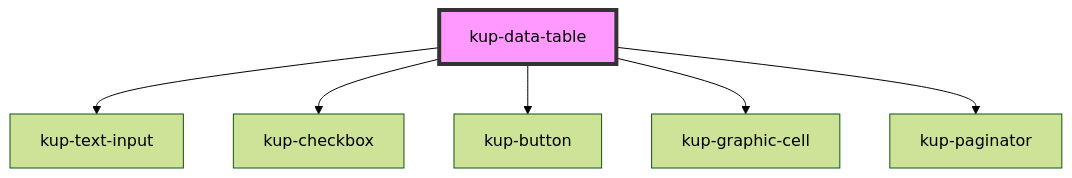
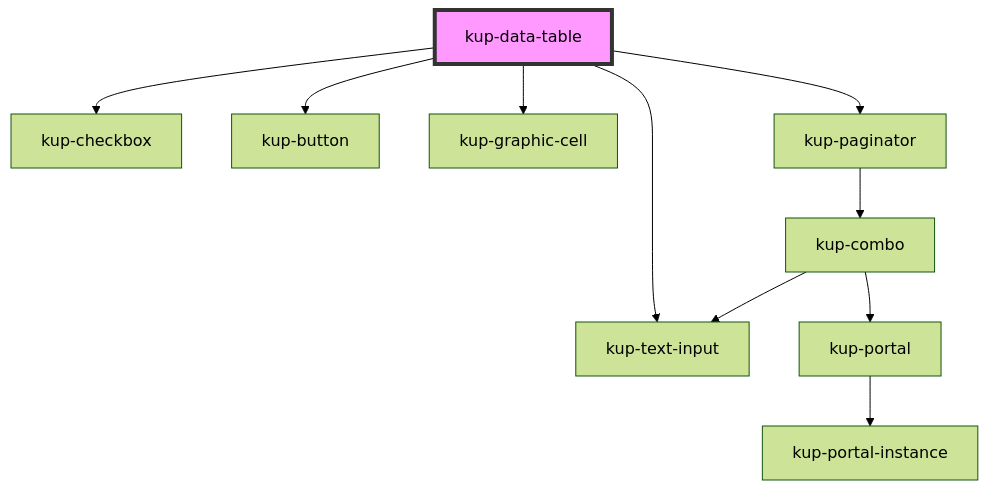
One commit to smeup/ketchup changed the diagram in packages/ketchup/src/components/kup-data-table/readme.md. Above: the diagram before and after it, drawn with Mermaid (forest theme). The commit also changed other lines of this file and 21 other files, not shown here.

````diff
--- a/packages/ketchup/src/components/kup-data-table/readme.md
+++ b/packages/ketchup/src/components/kup-data-table/readme.md
@@ -141,9 +141,13 @@
 ```mermaid
 graph TD;
   kup-data-table --> kup-text-input
   kup-data-table --> kup-checkbox
   kup-data-table --> kup-button
   kup-data-table --> kup-graphic-cell
   kup-data-table --> kup-paginator
+  kup-paginator --> kup-combo
+  kup-combo --> kup-text-input
+  kup-combo --> kup-portal
+  kup-portal --> kup-portal-instance
   style kup-data-table fill:#f9f,stroke:#333,stroke-width:4px
 ```
````
